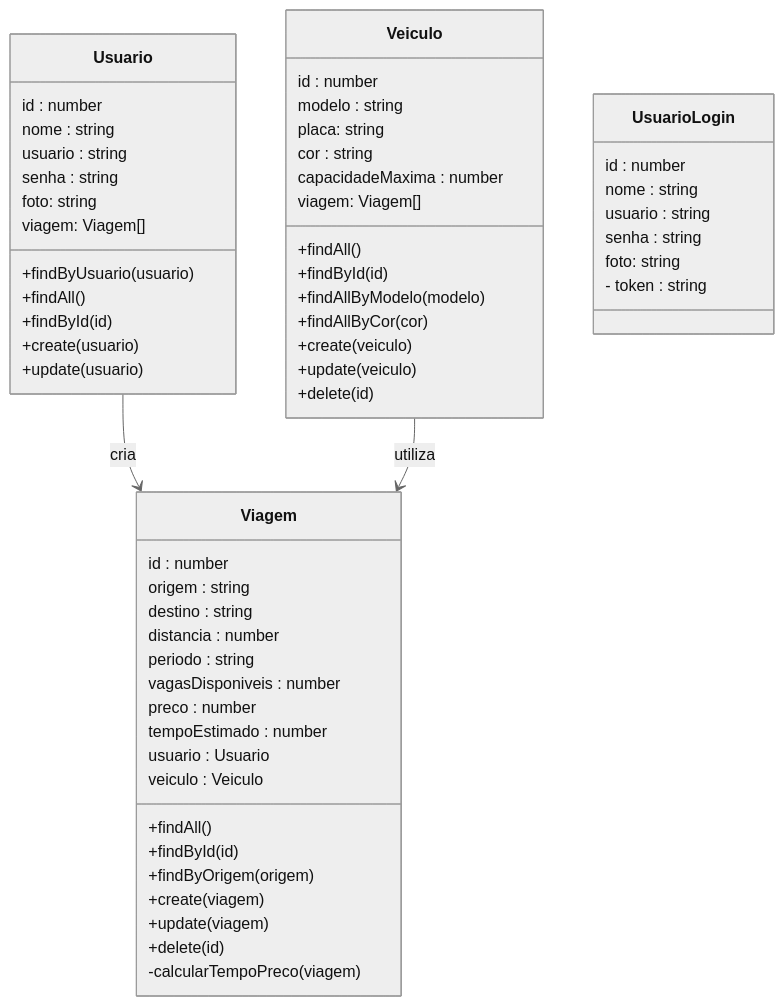
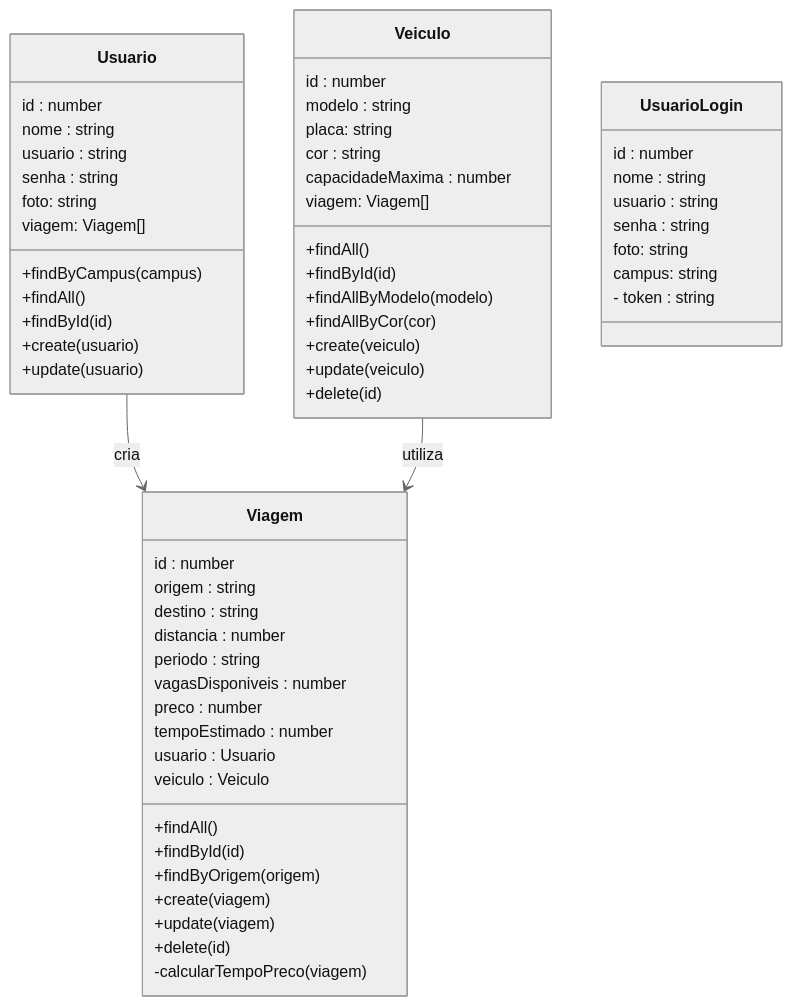
Before and after one commit to grupo6-js13/corridacompartilhada_backend: the first of 2 diagrams in README.md, drawn with Mermaid (neutral theme). The commit also changed other lines of this file, not shown here.

````diff
--- a/README.md
+++ b/README.md
@@ -47,65 +45,66 @@
 ```mermaid
 classDiagram
 
 class Veiculo {
 id : number
 modelo : string
 placa: string
 cor : string
 capacidadeMaxima : number
 viagem: Viagem[]
 +findAll()
 +findById(id)
 +findAllByModelo(modelo)
 +findAllByCor(cor)
 +create(veiculo)
 +update(veiculo)
 +delete(id)
 }
 
 class Viagem {
 id : number
 origem : string
 destino : string
 distancia : number
 periodo : string
 vagasDisponiveis : number
 preco : number
 tempoEstimado : number
 usuario : Usuario
 veiculo : Veiculo
 +findAll()
 +findById(id)
 +findByOrigem(origem)
 +create(viagem)
 +update(viagem)
 +delete(id)
 -calcularTempoPreco(viagem)
 }
 
 class Usuario {
 id : number
 nome : string
 usuario : string
 senha : string
 foto: string
 viagem: Viagem[]
-+findByUsuario(usuario)
++findByCampus(campus)
 +findAll()
 +findById(id)
 +create(usuario)
 +update(usuario)
 }
 
 class UsuarioLogin{
 id : number
 nome : string
 usuario : string
 senha : string
 foto: string
+campus: string
 - token : string
 }
 
 Usuario --> Viagem : cria
 Veiculo --> Viagem : utiliza
 ```
````
